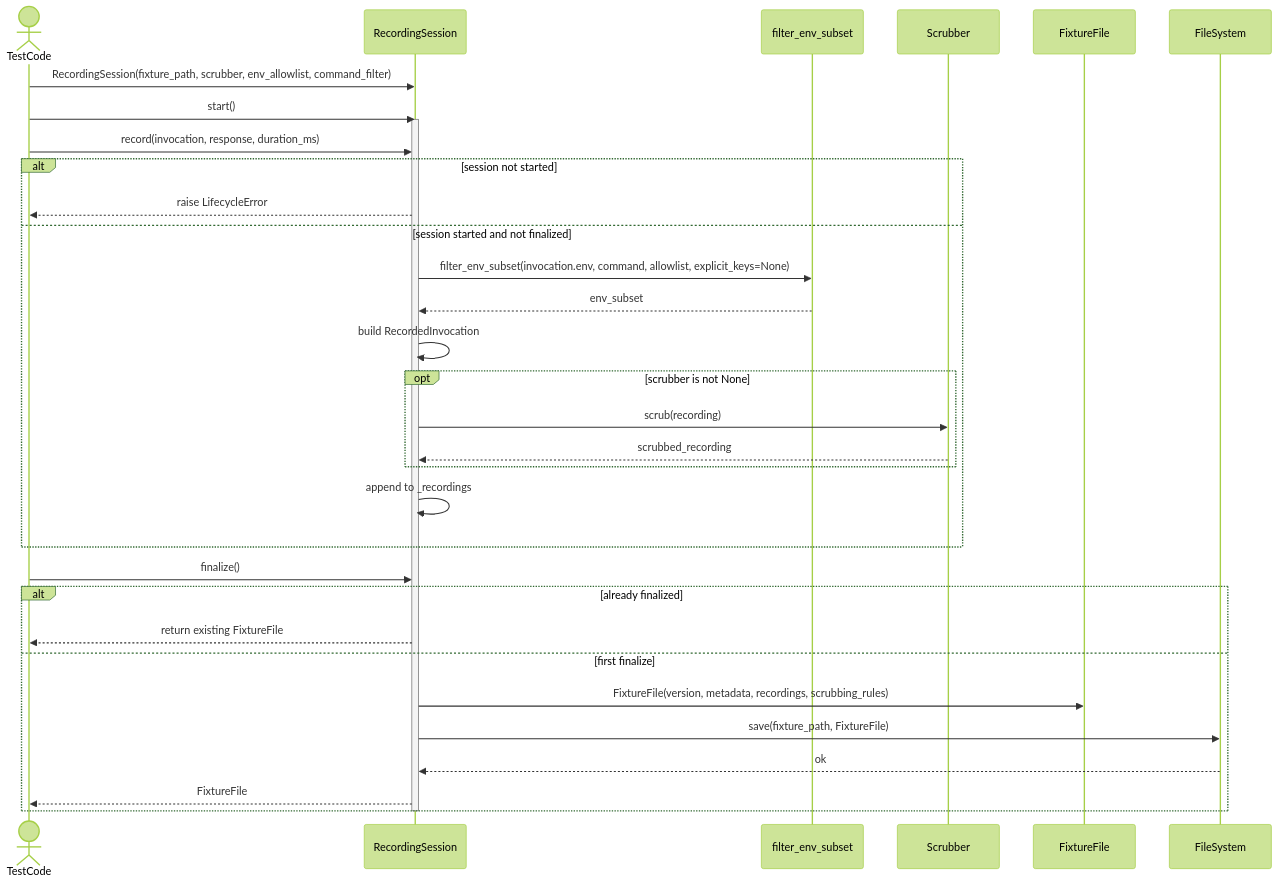
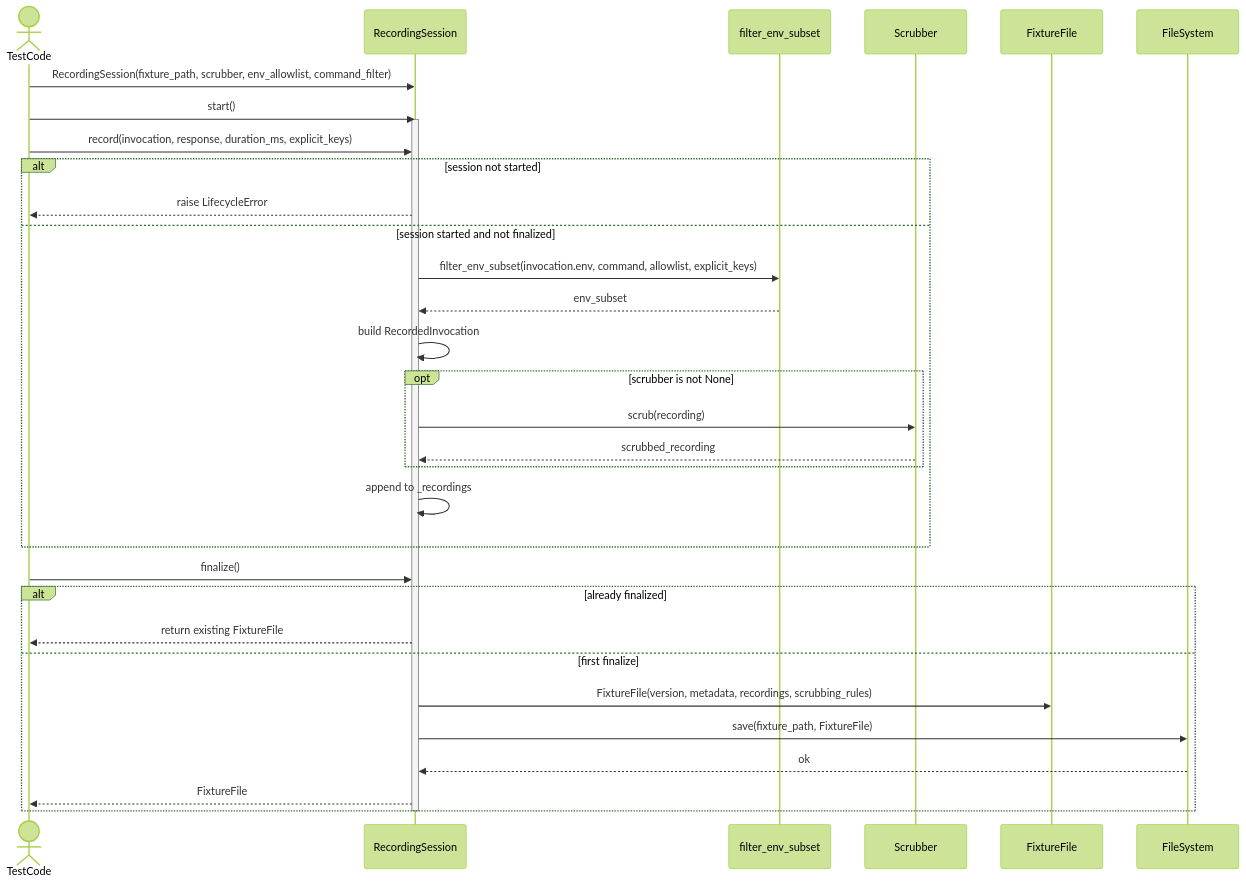
Diagram 25 of 31 in docs/python-native-command-mocking-design.md (leynos/cmd-mox), drawn with Mermaid (forest theme) before and after one commit. The commit also changed other lines of this file and 6 other files, not shown here.

````diff
--- a/docs/python-native-command-mocking-design.md
+++ b/docs/python-native-command-mocking-design.md
@@ -2626,38 +2620,38 @@
 ```mermaid
 sequenceDiagram
     actor TestCode
     participant Session as RecordingSession
     participant EnvFilter as filter_env_subset
     participant Scrubber as Scrubber
     participant Fixture as FixtureFile
     participant FS as FileSystem
 
     TestCode->>Session: RecordingSession(fixture_path, scrubber, env_allowlist, command_filter)
     TestCode->>Session: start()
     activate Session
 
-    TestCode->>Session: record(invocation, response, duration_ms)
+    TestCode->>Session: record(invocation, response, duration_ms, explicit_keys)
     alt session not started
         Session-->>TestCode: raise LifecycleError
     else session started and not finalized
-        Session->>EnvFilter: filter_env_subset(invocation.env, command, allowlist, explicit_keys=None)
+        Session->>EnvFilter: filter_env_subset(invocation.env, command, allowlist, explicit_keys)
         EnvFilter-->>Session: env_subset
         Session->>Session: build RecordedInvocation
         opt scrubber is not None
             Session->>Scrubber: scrub(recording)
             Scrubber-->>Session: scrubbed_recording
         end
         Session->>Session: append to _recordings
     end
 
     TestCode->>Session: finalize()
     alt already finalized
         Session-->>TestCode: return existing FixtureFile
     else first finalize
         Session->>Fixture: FixtureFile(version, metadata, recordings, scrubbing_rules)
         Session->>FS: save(fixture_path, FixtureFile)
         FS-->>Session: ok
         Session-->>TestCode: FixtureFile
     end
     deactivate Session
 ```
````
